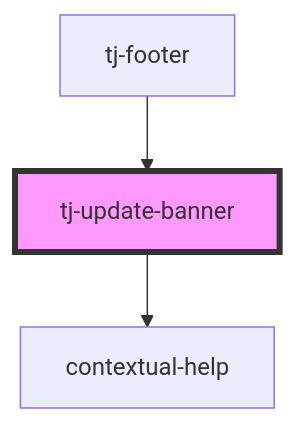
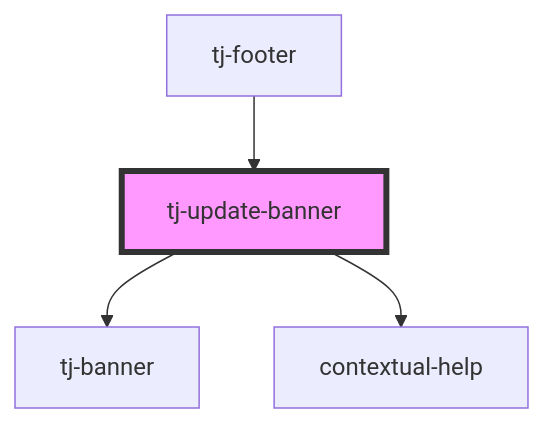
Before and after one commit to davids-ensemble/tj-jira-panel: the diagram in src/components/tj-jira-panel/components/update-banner/readme.md, drawn with Mermaid. The commit also changed other lines of this file and 23 other files, not shown here.

````diff
--- a/src/components/tj-jira-panel/components/update-banner/readme.md
+++ b/src/components/tj-jira-panel/components/update-banner/readme.md
@@ -30,6 +38,7 @@
 ```mermaid
 graph TD;
+  tj-update-banner --> tj-banner
   tj-update-banner --> contextual-help
   tj-footer --> tj-update-banner
   style tj-update-banner fill:#f9f,stroke:#333,stroke-width:4px
 ```
````
